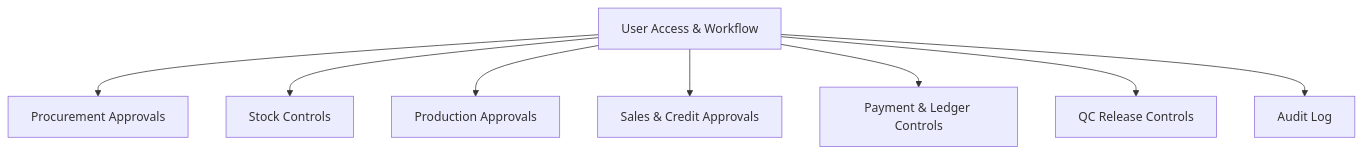
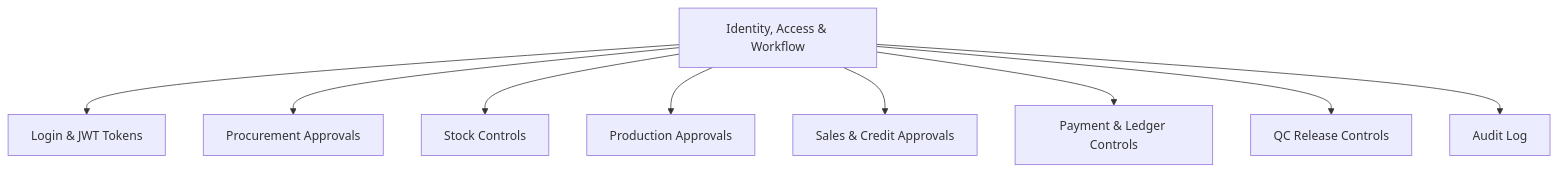
The diagram in modules/user-access-workflow/README.md (habibur-rahman-swe/rice-mill-erp), drawn with Mermaid before and after one commit. The commit also changed other lines of this file and 1 other file, not shown here.

Commit message:
Identity, Access & Workflow low level design

````diff
--- a/modules/user-access-workflow/README.md
+++ b/modules/user-access-workflow/README.md
@@ -15,10 +18,11 @@
 ```mermaid
 flowchart TB
-    UAM[User Access & Workflow] --> PROC[Procurement Approvals]
+    UAM[Identity, Access & Workflow] --> AUTH[Login & JWT Tokens]
+    UAM --> PROC[Procurement Approvals]
     UAM --> INV[Stock Controls]
     UAM --> PROD[Production Approvals]
     UAM --> SALES[Sales & Credit Approvals]
     UAM --> FIN[Payment & Ledger Controls]
     UAM --> QC[QC Release Controls]
     UAM --> AUDIT[Audit Log]
 ```
````
